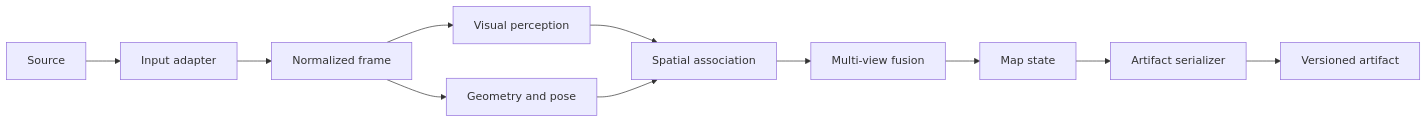
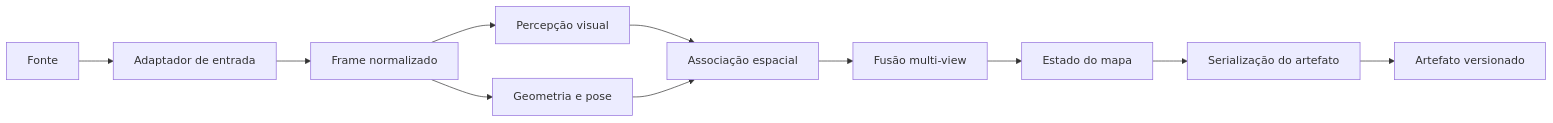
One commit to Alexandre-Tortoza/contextmap2 changed the first of 2 diagrams in docs/architecture.md. Above: the diagram before and after it, drawn with Mermaid. The commit also changed other lines of this file, not shown here.

First line of the commit message:
docs(architecture): translate and align global architecture guidance

````diff
--- a/docs/architecture.md
+++ b/docs/architecture.md
@@ -5,13 +5,13 @@
 ```mermaid
 flowchart LR
-    A[Source] --> B[Input adapter]
-    B --> C[Normalized frame]
-    C --> D[Visual perception]
-    C --> E[Geometry and pose]
-    D --> F[Spatial association]
+    A[Fonte] --> B[Adaptador de entrada]
+    B --> C[Frame normalizado]
+    C --> D[Percepção visual]
+    C --> E[Geometria e pose]
+    D --> F[Associação espacial]
     E --> F
-    F --> G[Multi-view fusion]
-    G --> H[Map state]
-    H --> I[Artifact serializer]
-    I --> J[Versioned artifact]
+    F --> G[Fusão multi-view]
+    G --> H[Estado do mapa]
+    H --> I[Serialização do artefato]
+    I --> J[Artefato versionado]
 ```
````
